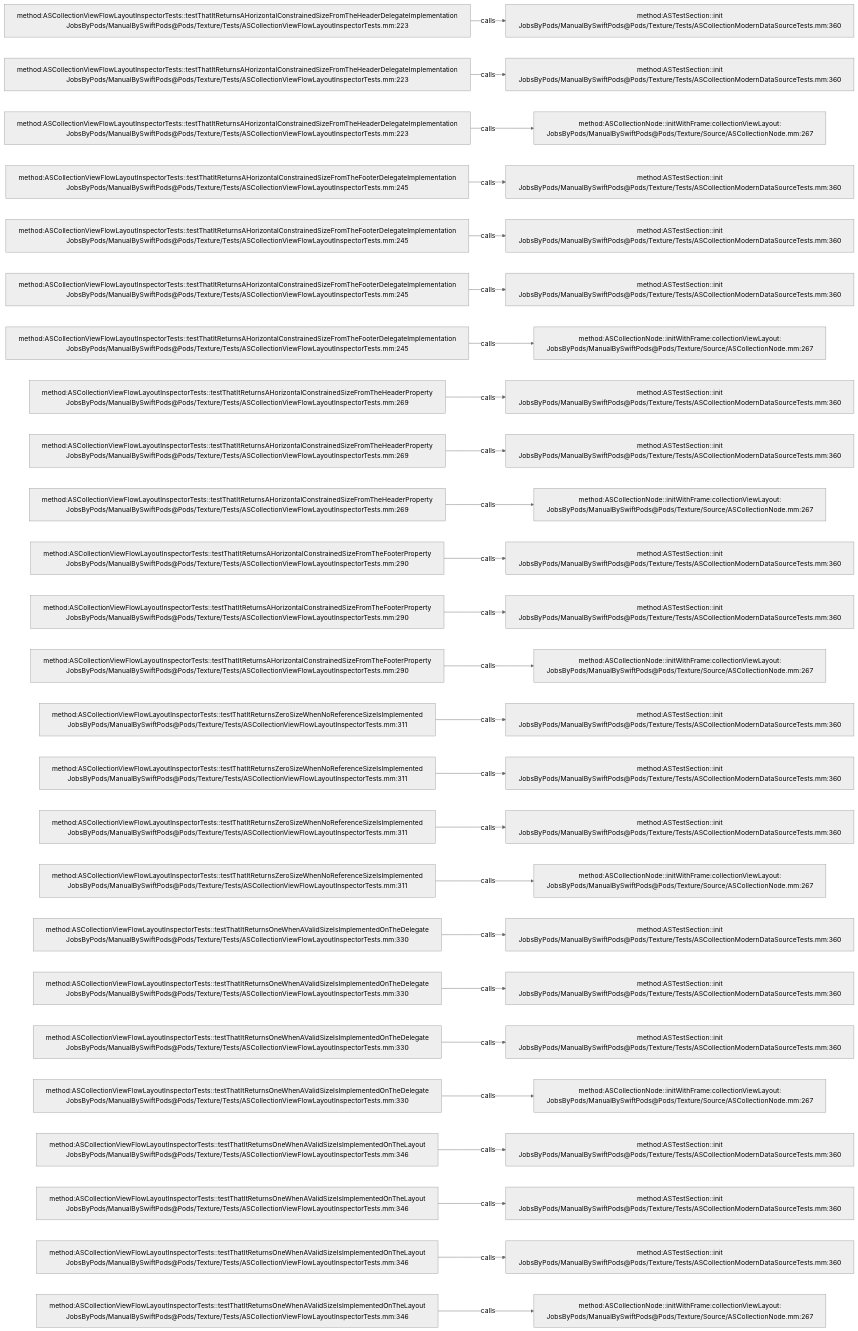
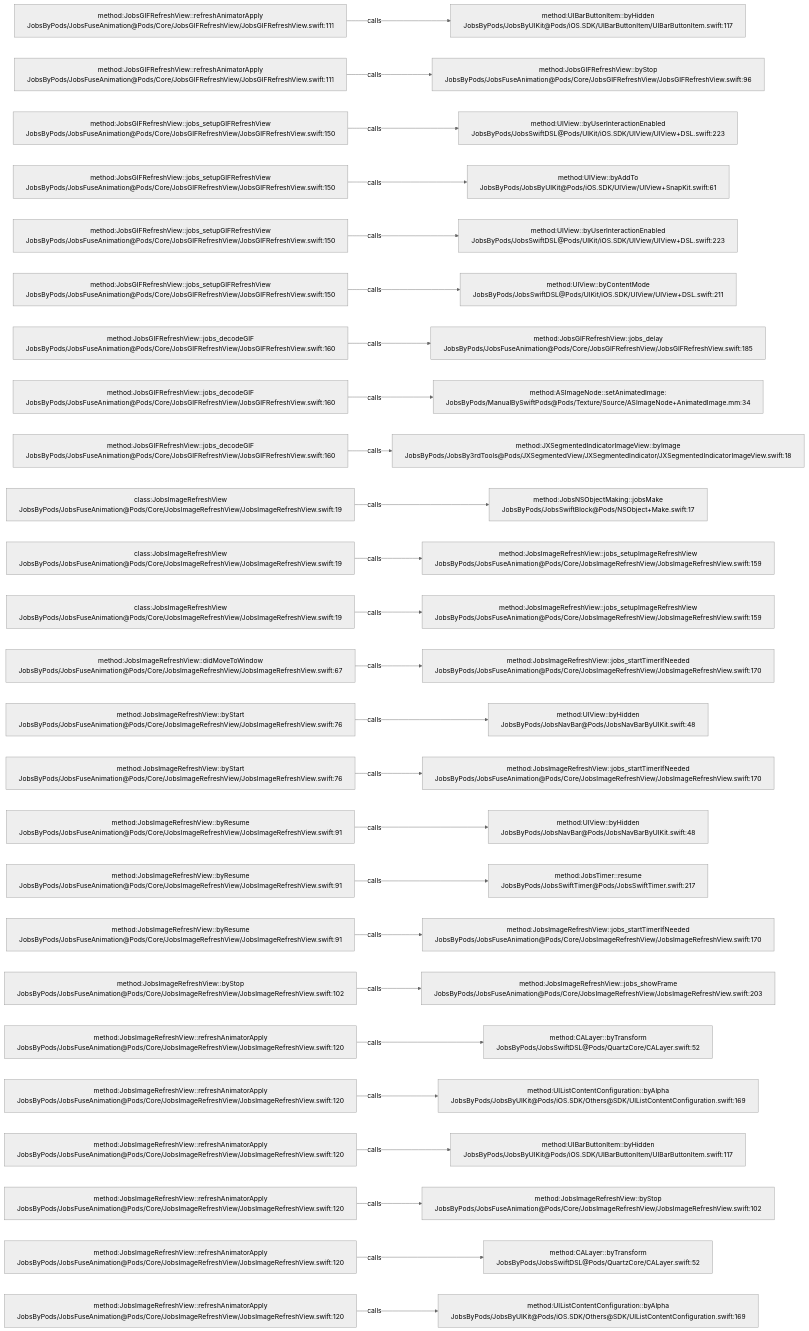
The diagram in .codegraph/codegraph.md/graphs/calls-169.md (JobsKits/JobsSwiftBaseConfigDemo), drawn with Mermaid (neutral theme) before and after one commit. The commit also changed 224 other files, not shown here.

````diff
--- a/.codegraph/codegraph.md/graphs/calls-169.md
+++ b/.codegraph/codegraph.md/graphs/calls-169.md
@@ -13,78 +13,78 @@
 ```mermaid
 flowchart LR
-  S1["method:ASCollectionViewFlowLayoutInspectorTests::testThatItReturnsAHorizontalConstrainedSizeFromTheHeaderDelegateImplementation<br/>JobsByPods/ManualBySwiftPods@Pods/Texture/Tests/ASCollectionViewFlowLayoutInspectorTests.mm:223"]
-  T1["method:ASTestSection::init<br/>JobsByPods/ManualBySwiftPods@Pods/Texture/Tests/ASCollectionModernDataSourceTests.mm:360"]
+  S1["method:JobsGIFRefreshView::refreshAnimatorApply<br/>JobsByPods/JobsFuseAnimation@Pods/Core/JobsGIFRefreshView/JobsGIFRefreshView.swift:111"]
+  T1["method:UIBarButtonItem::byHidden<br/>JobsByPods/JobsByUIKit@Pods/iOS.SDK/UIBarButtonItem/UIBarButtonItem.swift:117"]
   S1 -->|calls| T1
-  S2["method:ASCollectionViewFlowLayoutInspectorTests::testThatItReturnsAHorizontalConstrainedSizeFromTheHeaderDelegateImplementation<br/>JobsByPods/ManualBySwiftPods@Pods/Texture/Tests/ASCollectionViewFlowLayoutInspectorTests.mm:223"]
-  T2["method:ASTestSection::init<br/>JobsByPods/ManualBySwiftPods@Pods/Texture/Tests/ASCollectionModernDataSourceTests.mm:360"]
+  S2["method:JobsGIFRefreshView::refreshAnimatorApply<br/>JobsByPods/JobsFuseAnimation@Pods/Core/JobsGIFRefreshView/JobsGIFRefreshView.swift:111"]
+  T2["method:JobsGIFRefreshView::byStop<br/>JobsByPods/JobsFuseAnimation@Pods/Core/JobsGIFRefreshView/JobsGIFRefreshView.swift:96"]
   S2 -->|calls| T2
-  S3["method:ASCollectionViewFlowLayoutInspectorTests::testThatItReturnsAHorizontalConstrainedSizeFromTheHeaderDelegateImplementation<br/>JobsByPods/ManualBySwiftPods@Pods/Texture/Tests/ASCollectionViewFlowLayoutInspectorTests.mm:223"]
-  T3["method:ASCollectionNode::initWithFrame:collectionViewLayout:<br/>JobsByPods/ManualBySwiftPods@Pods/Texture/Source/ASCollectionNode.mm:267"]
+  S3["method:JobsGIFRefreshView::jobs_setupGIFRefreshView<br/>JobsByPods/JobsFuseAnimation@Pods/Core/JobsGIFRefreshView/JobsGIFRefreshView.swift:150"]
+  T3["method:UIView::byUserInteractionEnabled<br/>JobsByPods/JobsSwiftDSL@Pods/UIKit/iOS.SDK/UIView/UIView+DSL.swift:223"]
   S3 -->|calls| T3
-  S4["method:ASCollectionViewFlowLayoutInspectorTests::testThatItReturnsAHorizontalConstrainedSizeFromTheFooterDelegateImplementation<br/>JobsByPods/ManualBySwiftPods@Pods/Texture/Tests/ASCollectionViewFlowLayoutInspectorTests.mm:245"]
-  T4["method:ASTestSection::init<br/>JobsByPods/ManualBySwiftPods@Pods/Texture/Tests/ASCollectionModernDataSourceTests.mm:360"]
+  S4["method:JobsGIFRefreshView::jobs_setupGIFRefreshView<br/>JobsByPods/JobsFuseAnimation@Pods/Core/JobsGIFRefreshView/JobsGIFRefreshView.swift:150"]
+  T4["method:UIView::byAddTo<br/>JobsByPods/JobsByUIKit@Pods/iOS.SDK/UIView/UIView+SnapKit.swift:61"]
   S4 -->|calls| T4
-  S5["method:ASCollectionViewFlowLayoutInspectorTests::testThatItReturnsAHorizontalConstrainedSizeFromTheFooterDelegateImplementation<br/>JobsByPods/ManualBySwiftPods@Pods/Texture/Tests/ASCollectionViewFlowLayoutInspectorTests.mm:245"]
-  T5["method:ASTestSection::init<br/>JobsByPods/ManualBySwiftPods@Pods/Texture/Tests/ASCollectionModernDataSourceTests.mm:360"]
+  S5["method:JobsGIFRefreshView::jobs_setupGIFRefreshView<br/>JobsByPods/JobsFuseAnimation@Pods/Core/JobsGIFRefreshView/JobsGIFRefreshView.swift:150"]
+  T5["method:UIView::byUserInteractionEnabled<br/>JobsByPods/JobsSwiftDSL@Pods/UIKit/iOS.SDK/UIView/UIView+DSL.swift:223"]
   S5 -->|calls| T5
-  S6["method:ASCollectionViewFlowLayoutInspectorTests::testThatItReturnsAHorizontalConstrainedSizeFromTheFooterDelegateImplementation<br/>JobsByPods/ManualBySwiftPods@Pods/Texture/Tests/ASCollectionViewFlowLayoutInspectorTests.mm:245"]
-  T6["method:ASTestSection::init<br/>JobsByPods/ManualBySwiftPods@Pods/Texture/Tests/ASCollectionModernDataSourceTests.mm:360"]
+  S6["method:JobsGIFRefreshView::jobs_setupGIFRefreshView<br/>JobsByPods/JobsFuseAnimation@Pods/Core/JobsGIFRefreshView/JobsGIFRefreshView.swift:150"]
+  T6["method:UIView::byContentMode<br/>JobsByPods/JobsSwiftDSL@Pods/UIKit/iOS.SDK/UIView/UIView+DSL.swift:211"]
   S6 -->|calls| T6
-  S7["method:ASCollectionViewFlowLayoutInspectorTests::testThatItReturnsAHorizontalConstrainedSizeFromTheFooterDelegateImplementation<br/>JobsByPods/ManualBySwiftPods@Pods/Texture/Tests/ASCollectionViewFlowLayoutInspectorTests.mm:245"]
-  T7["method:ASCollectionNode::initWithFrame:collectionViewLayout:<br/>JobsByPods/ManualBySwiftPods@Pods/Texture/Source/ASCollectionNode.mm:267"]
+  S7["method:JobsGIFRefreshView::jobs_decodeGIF<br/>JobsByPods/JobsFuseAnimation@Pods/Core/JobsGIFRefreshView/JobsGIFRefreshView.swift:160"]
+  T7["method:JobsGIFRefreshView::jobs_delay<br/>JobsByPods/JobsFuseAnimation@Pods/Core/JobsGIFRefreshView/JobsGIFRefreshView.swift:185"]
   S7 -->|calls| T7
-  S8["method:ASCollectionViewFlowLayoutInspectorTests::testThatItReturnsAHorizontalConstrainedSizeFromTheHeaderProperty<br/>JobsByPods/ManualBySwiftPods@Pods/Texture/Tests/ASCollectionViewFlowLayoutInspectorTests.mm:269"]
-  T8["method:ASTestSection::init<br/>JobsByPods/ManualBySwiftPods@Pods/Texture/Tests/ASCollectionModernDataSourceTests.mm:360"]
+  S8["method:JobsGIFRefreshView::jobs_decodeGIF<br/>JobsByPods/JobsFuseAnimation@Pods/Core/JobsGIFRefreshView/JobsGIFRefreshView.swift:160"]
+  T8["method:ASImageNode::setAnimatedImage:<br/>JobsByPods/ManualBySwiftPods@Pods/Texture/Source/ASImageNode+AnimatedImage.mm:34"]
   S8 -->|calls| T8
-  S9["method:ASCollectionViewFlowLayoutInspectorTests::testThatItReturnsAHorizontalConstrainedSizeFromTheHeaderProperty<br/>JobsByPods/ManualBySwiftPods@Pods/Texture/Tests/ASCollectionViewFlowLayoutInspectorTests.mm:269"]
-  T9["method:ASTestSection::init<br/>JobsByPods/ManualBySwiftPods@Pods/Texture/Tests/ASCollectionModernDataSourceTests.mm:360"]
+  S9["method:JobsGIFRefreshView::jobs_decodeGIF<br/>JobsByPods/JobsFuseAnimation@Pods/Core/JobsGIFRefreshView/JobsGIFRefreshView.swift:160"]
+  T9["method:JXSegmentedIndicatorImageView::byImage<br/>JobsByPods/JobsBy3rdTools@Pods/JXSegmentedView/JXSegmentedIndicator/JXSegmentedIndicatorImageView.swift:18"]
   S9 -->|calls| T9
-  S10["method:ASCollectionViewFlowLayoutInspectorTests::testThatItReturnsAHorizontalConstrainedSizeFromTheHeaderProperty<br/>JobsByPods/ManualBySwiftPods@Pods/Texture/Tests/ASCollectionViewFlowLayoutInspectorTests.mm:269"]
-  T10["method:ASCollectionNode::initWithFrame:collectionViewLayout:<br/>JobsByPods/ManualBySwiftPods@Pods/Texture/Source/ASCollectionNode.mm:267"]
+  S10["class:JobsImageRefreshView<br/>JobsByPods/JobsFuseAnimation@Pods/Core/JobsImageRefreshView/JobsImageRefreshView.swift:19"]
+  T10["method:JobsNSObjectMaking::jobsMake<br/>JobsByPods/JobsSwiftBlock@Pods/NSObject+Make.swift:17"]
   S10 -->|calls| T10
-  S11["method:ASCollectionViewFlowLayoutInspectorTests::testThatItReturnsAHorizontalConstrainedSizeFromTheFooterProperty<br/>JobsByPods/ManualBySwiftPods@Pods/Texture/Tests/ASCollectionViewFlowLayoutInspectorTests.mm:290"]
-  T11["method:ASTestSection::init<br/>JobsByPods/ManualBySwiftPods@Pods/Texture/Tests/ASCollectionModernDataSourceTests.mm:360"]
+  S11["class:JobsImageRefreshView<br/>JobsByPods/JobsFuseAnimation@Pods/Core/JobsImageRefreshView/JobsImageRefreshView.swift:19"]
+  T11["method:JobsImageRefreshView::jobs_setupImageRefreshView<br/>JobsByPods/JobsFuseAnimation@Pods/Core/JobsImageRefreshView/JobsImageRefreshView.swift:159"]
   S11 -->|calls| T11
-  S12["method:ASCollectionViewFlowLayoutInspectorTests::testThatItReturnsAHorizontalConstrainedSizeFromTheFooterProperty<br/>JobsByPods/ManualBySwiftPods@Pods/Texture/Tests/ASCollectionViewFlowLayoutInspectorTests.mm:290"]
-  T12["method:ASTestSection::init<br/>JobsByPods/ManualBySwiftPods@Pods/Texture/Tests/ASCollectionModernDataSourceTests.mm:360"]
+  S12["class:JobsImageRefreshView<br/>JobsByPods/JobsFuseAnimation@Pods/Core/JobsImageRefreshView/JobsImageRefreshView.swift:19"]
+  T12["method:JobsImageRefreshView::jobs_setupImageRefreshView<br/>JobsByPods/JobsFuseAnimation@Pods/Core/JobsImageRefreshView/JobsImageRefreshView.swift:159"]
   S12 -->|calls| T12
-  S13["method:ASCollectionViewFlowLayoutInspectorTests::testThatItReturnsAHorizontalConstrainedSizeFromTheFooterProperty<br/>JobsByPods/ManualBySwiftPods@Pods/Texture/Tests/ASCollectionViewFlowLayoutInspectorTests.mm:290"]
-  T13["method:ASCollectionNode::initWithFrame:collectionViewLayout:<br/>JobsByPods/ManualBySwiftPods@Pods/Texture/Source/ASCollectionNode.mm:267"]
+  S13["method:JobsImageRefreshView::didMoveToWindow<br/>JobsByPods/JobsFuseAnimation@Pods/Core/JobsImageRefreshView/JobsImageRefreshView.swift:67"]
+  T13["method:JobsImageRefreshView::jobs_startTimerIfNeeded<br/>JobsByPods/JobsFuseAnimation@Pods/Core/JobsImageRefreshView/JobsImageRefreshView.swift:170"]
   S13 -->|calls| T13
-  S14["method:ASCollectionViewFlowLayoutInspectorTests::testThatItReturnsZeroSizeWhenNoReferenceSizeIsImplemented<br/>JobsByPods/ManualBySwiftPods@Pods/Texture/Tests/ASCollectionViewFlowLayoutInspectorTests.mm:311"]
-  T14["method:ASTestSection::init<br/>JobsByPods/ManualBySwiftPods@Pods/Texture/Tests/ASCollectionModernDataSourceTests.mm:360"]
+  S14["method:JobsImageRefreshView::byStart<br/>JobsByPods/JobsFuseAnimation@Pods/Core/JobsImageRefreshView/JobsImageRefreshView.swift:76"]
+  T14["method:UIView::byHidden<br/>JobsByPods/JobsNavBar@Pods/JobsNavBarByUIKit.swift:48"]
   S14 -->|calls| T14
-  S15["method:ASCollectionViewFlowLayoutInspectorTests::testThatItReturnsZeroSizeWhenNoReferenceSizeIsImplemented<br/>JobsByPods/ManualBySwiftPods@Pods/Texture/Tests/ASCollectionViewFlowLayoutInspectorTests.mm:311"]
-  T15["method:ASTestSection::init<br/>JobsByPods/ManualBySwiftPods@Pods/Texture/Tests/ASCollectionModernDataSourceTests.mm:360"]
+  S15["method:JobsImageRefreshView::byStart<br/>JobsByPods/JobsFuseAnimation@Pods/Core/JobsImageRefreshView/JobsImageRefreshView.swift:76"]
+  T15["method:JobsImageRefreshView::jobs_startTimerIfNeeded<br/>JobsByPods/JobsFuseAnimation@Pods/Core/JobsImageRefreshView/JobsImageRefreshView.swift:170"]
   S15 -->|calls| T15
-  S16["method:ASCollectionViewFlowLayoutInspectorTests::testThatItReturnsZeroSizeWhenNoReferenceSizeIsImplemented<br/>JobsByPods/ManualBySwiftPods@Pods/Texture/Tests/ASCollectionViewFlowLayoutInspectorTests.mm:311"]
-  T16["method:ASTestSection::init<br/>JobsByPods/ManualBySwiftPods@Pods/Texture/Tests/ASCollectionModernDataSourceTests.mm:360"]
+  S16["method:JobsImageRefreshView::byResume<br/>JobsByPods/JobsFuseAnimation@Pods/Core/JobsImageRefreshView/JobsImageRefreshView.swift:91"]
+  T16["method:UIView::byHidden<br/>JobsByPods/JobsNavBar@Pods/JobsNavBarByUIKit.swift:48"]
   S16 -->|calls| T16
-  S17["method:ASCollectionViewFlowLayoutInspectorTests::testThatItReturnsZeroSizeWhenNoReferenceSizeIsImplemented<br/>JobsByPods/ManualBySwiftPods@Pods/Texture/Tests/ASCollectionViewFlowLayoutInspectorTests.mm:311"]
-  T17["method:ASCollectionNode::initWithFrame:collectionViewLayout:<br/>JobsByPods/ManualBySwiftPods@Pods/Texture/Source/ASCollectionNode.mm:267"]
+  S17["method:JobsImageRefreshView::byResume<br/>JobsByPods/JobsFuseAnimation@Pods/Core/JobsImageRefreshView/JobsImageRefreshView.swift:91"]
+  T17["method:JobsTimer::resume<br/>JobsByPods/JobsSwiftTimer@Pods/JobsSwiftTimer.swift:217"]
   S17 -->|calls| T17
-  S18["method:ASCollectionViewFlowLayoutInspectorTests::testThatItReturnsOneWhenAValidSizeIsImplementedOnTheDelegate<br/>JobsByPods/ManualBySwiftPods@Pods/Texture/Tests/ASCollectionViewFlowLayoutInspectorTests.mm:330"]
-  T18["method:ASTestSection::init<br/>JobsByPods/ManualBySwiftPods@Pods/Texture/Tests/ASCollectionModernDataSourceTests.mm:360"]
+  S18["method:JobsImageRefreshView::byResume<br/>JobsByPods/JobsFuseAnimation@Pods/Core/JobsImageRefreshView/JobsImageRefreshView.swift:91"]
+  T18["method:JobsImageRefreshView::jobs_startTimerIfNeeded<br/>JobsByPods/JobsFuseAnimation@Pods/Core/JobsImageRefreshView/JobsImageRefreshView.swift:170"]
   S18 -->|calls| T18
-  S19["method:ASCollectionViewFlowLayoutInspectorTests::testThatItReturnsOneWhenAValidSizeIsImplementedOnTheDelegate<br/>JobsByPods/ManualBySwiftPods@Pods/Texture/Tests/ASCollectionViewFlowLayoutInspectorTests.mm:330"]
-  T19["method:ASTestSection::init<br/>JobsByPods/ManualBySwiftPods@Pods/Texture/Tests/ASCollectionModernDataSourceTests.mm:360"]
+  S19["method:JobsImageRefreshView::byStop<br/>JobsByPods/JobsFuseAnimation@Pods/Core/JobsImageRefreshView/JobsImageRefreshView.swift:102"]
+  T19["method:JobsImageRefreshView::jobs_showFrame<br/>JobsByPods/JobsFuseAnimation@Pods/Core/JobsImageRefreshView/JobsImageRefreshView.swift:203"]
   S19 -->|calls| T19
-  S20["method:ASCollectionViewFlowLayoutInspectorTests::testThatItReturnsOneWhenAValidSizeIsImplementedOnTheDelegate<br/>JobsByPods/ManualBySwiftPods@Pods/Texture/Tests/ASCollectionViewFlowLayoutInspectorTests.mm:330"]
-  T20["method:ASTestSection::init<br/>JobsByPods/ManualBySwiftPods@Pods/Texture/Tests/ASCollectionModernDataSourceTests.mm:360"]
+  S20["method:JobsImageRefreshView::refreshAnimatorApply<br/>JobsByPods/JobsFuseAnimation@Pods/Core/JobsImageRefreshView/JobsImageRefreshView.swift:120"]
+  T20["method:CALayer::byTransform<br/>JobsByPods/JobsSwiftDSL@Pods/QuartzCore/CALayer.swift:52"]
   S20 -->|calls| T20
-  S21["method:ASCollectionViewFlowLayoutInspectorTests::testThatItReturnsOneWhenAValidSizeIsImplementedOnTheDelegate<br/>JobsByPods/ManualBySwiftPods@Pods/Texture/Tests/ASCollectionViewFlowLayoutInspectorTests.mm:330"]
-  T21["method:ASCollectionNode::initWithFrame:collectionViewLayout:<br/>JobsByPods/ManualBySwiftPods@Pods/Texture/Source/ASCollectionNode.mm:267"]
+  S21["method:JobsImageRefreshView::refreshAnimatorApply<br/>JobsByPods/JobsFuseAnimation@Pods/Core/JobsImageRefreshView/JobsImageRefreshView.swift:120"]
+  T21["method:UIListContentConfiguration::byAlpha<br/>JobsByPods/JobsByUIKit@Pods/iOS.SDK/Others@SDK/UIListContentConfiguration.swift:169"]
   S21 -->|calls| T21
-  S22["method:ASCollectionViewFlowLayoutInspectorTests::testThatItReturnsOneWhenAValidSizeIsImplementedOnTheLayout<br/>JobsByPods/ManualBySwiftPods@Pods/Texture/Tests/ASCollectionViewFlowLayoutInspectorTests.mm:346"]
-  T22["method:ASTestSection::init<br/>JobsByPods/ManualBySwiftPods@Pods/Texture/Tests/ASCollectionModernDataSourceTests.mm:360"]
+  S22["method:JobsImageRefreshView::refreshAnimatorApply<br/>JobsByPods/JobsFuseAnimation@Pods/Core/JobsImageRefreshView/JobsImageRefreshView.swift:120"]
+  T22["method:UIBarButtonItem::byHidden<br/>JobsByPods/JobsByUIKit@Pods/iOS.SDK/UIBarButtonItem/UIBarButtonItem.swift:117"]
   S22 -->|calls| T22
-  S23["method:ASCollectionViewFlowLayoutInspectorTests::testThatItReturnsOneWhenAValidSizeIsImplementedOnTheLayout<br/>JobsByPods/ManualBySwiftPods@Pods/Texture/Tests/ASCollectionViewFlowLayoutInspectorTests.mm:346"]
-  T23["method:ASTestSection::init<br/>JobsByPods/ManualBySwiftPods@Pods/Texture/Tests/ASCollectionModernDataSourceTests.mm:360"]
+  S23["method:JobsImageRefreshView::refreshAnimatorApply<br/>JobsByPods/JobsFuseAnimation@Pods/Core/JobsImageRefreshView/JobsImageRefreshView.swift:120"]
+  T23["method:JobsImageRefreshView::byStop<br/>JobsByPods/JobsFuseAnimation@Pods/Core/JobsImageRefreshView/JobsImageRefreshView.swift:102"]
   S23 -->|calls| T23
-  S24["method:ASCollectionViewFlowLayoutInspectorTests::testThatItReturnsOneWhenAValidSizeIsImplementedOnTheLayout<br/>JobsByPods/ManualBySwiftPods@Pods/Texture/Tests/ASCollectionViewFlowLayoutInspectorTests.mm:346"]
-  T24["method:ASTestSection::init<br/>JobsByPods/ManualBySwiftPods@Pods/Texture/Tests/ASCollectionModernDataSourceTests.mm:360"]
+  S24["method:JobsImageRefreshView::refreshAnimatorApply<br/>JobsByPods/JobsFuseAnimation@Pods/Core/JobsImageRefreshView/JobsImageRefreshView.swift:120"]
+  T24["method:CALayer::byTransform<br/>JobsByPods/JobsSwiftDSL@Pods/QuartzCore/CALayer.swift:52"]
   S24 -->|calls| T24
-  S25["method:ASCollectionViewFlowLayoutInspectorTests::testThatItReturnsOneWhenAValidSizeIsImplementedOnTheLayout<br/>JobsByPods/ManualBySwiftPods@Pods/Texture/Tests/ASCollectionViewFlowLayoutInspectorTests.mm:346"]
-  T25["method:ASCollectionNode::initWithFrame:collectionViewLayout:<br/>JobsByPods/ManualBySwiftPods@Pods/Texture/Source/ASCollectionNode.mm:267"]
+  S25["method:JobsImageRefreshView::refreshAnimatorApply<br/>JobsByPods/JobsFuseAnimation@Pods/Core/JobsImageRefreshView/JobsImageRefreshView.swift:120"]
+  T25["method:UIListContentConfiguration::byAlpha<br/>JobsByPods/JobsByUIKit@Pods/iOS.SDK/Others@SDK/UIListContentConfiguration.swift:169"]
   S25 -->|calls| T25
 ```
````
